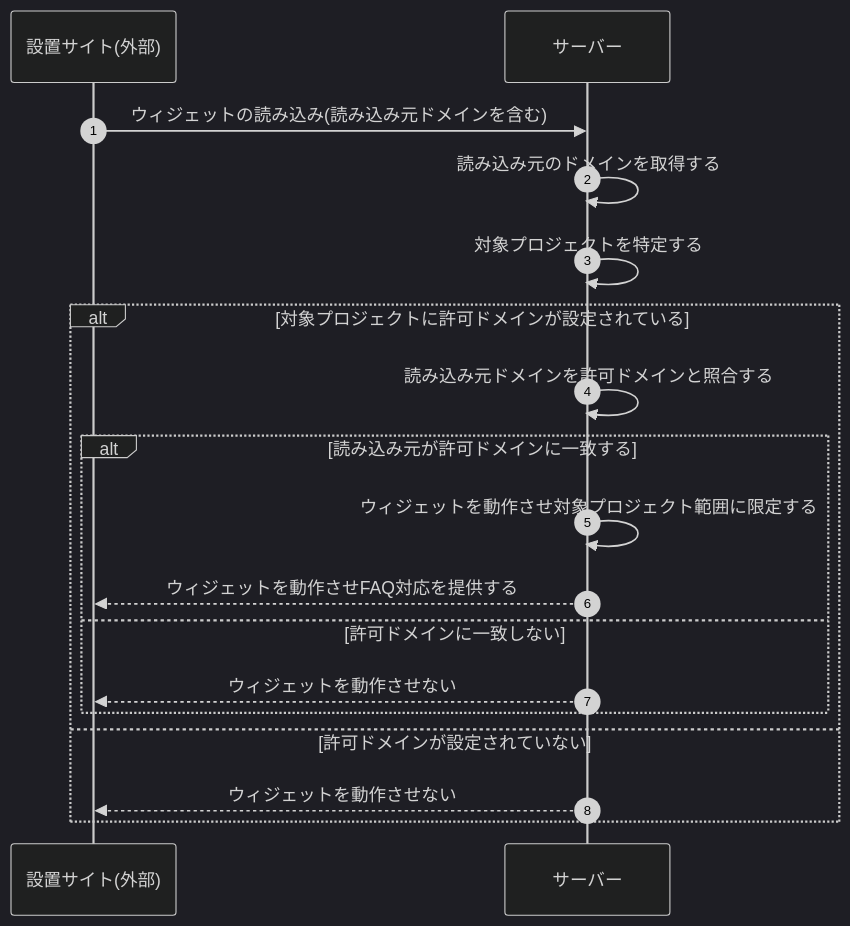
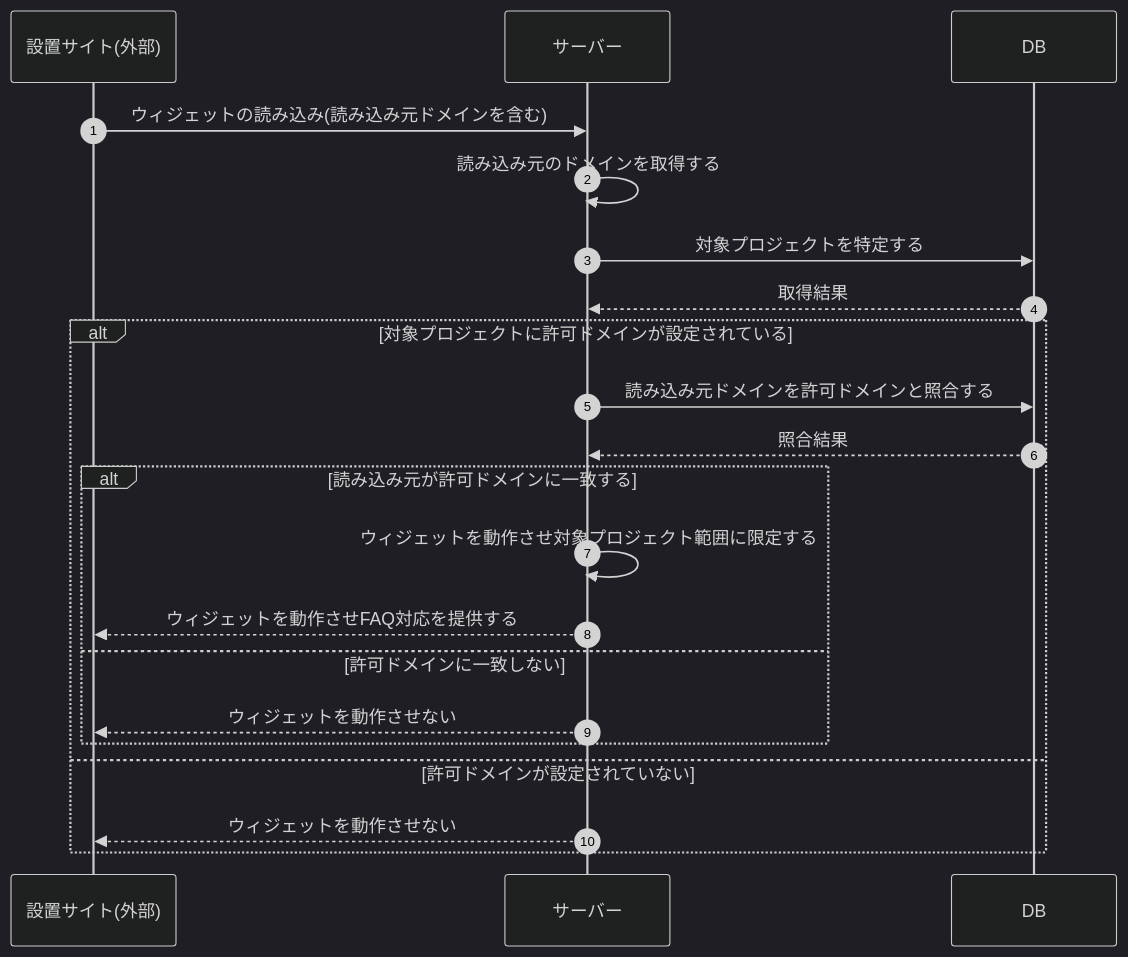
One commit to sikakou54/open-faq changed the diagram in 02_basic_design/03_sequences/SEQ-114.md. Above: the diagram before and after it, drawn with Mermaid (dark theme). The commit also changed other lines of this file and 122 other files, not shown here.

First line of the commit message:
シーケンス図に DB アクターを追加(DB 操作をサーバー自己メッセージから分離)

````diff
--- a/02_basic_design/03_sequences/SEQ-114.md
+++ b/02_basic_design/03_sequences/SEQ-114.md
@@ -26,20 +26,23 @@
 ```mermaid
 sequenceDiagram
   autonumber
   participant Site as 設置サイト(外部)
   participant Server as サーバー
+  participant DB as DB
   Site->>Server: ウィジェットの読み込み(読み込み元ドメインを含む)
   Server->>Server: 読み込み元のドメインを取得する
-  Server->>Server: 対象プロジェクトを特定する
+  Server->>DB: 対象プロジェクトを特定する
+  DB-->>Server: 取得結果
   alt 対象プロジェクトに許可ドメインが設定されている
-    Server->>Server: 読み込み元ドメインを許可ドメインと照合する
+    Server->>DB: 読み込み元ドメインを許可ドメインと照合する
+    DB-->>Server: 照合結果
     alt 読み込み元が許可ドメインに一致する
       Server->>Server: ウィジェットを動作させ対象プロジェクト範囲に限定する
       Server-->>Site: ウィジェットを動作させFAQ対応を提供する
     else 許可ドメインに一致しない
       Server-->>Site: ウィジェットを動作させない
     end
   else 許可ドメインが設定されていない
     Server-->>Site: ウィジェットを動作させない
   end
 ```
````
